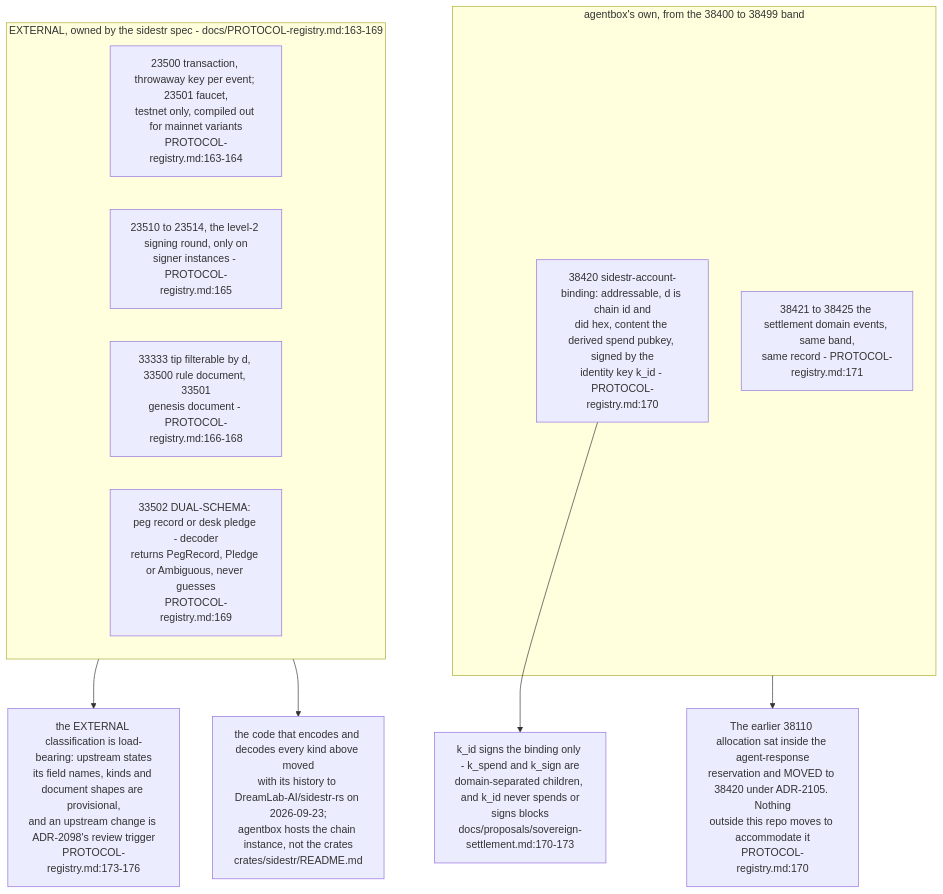
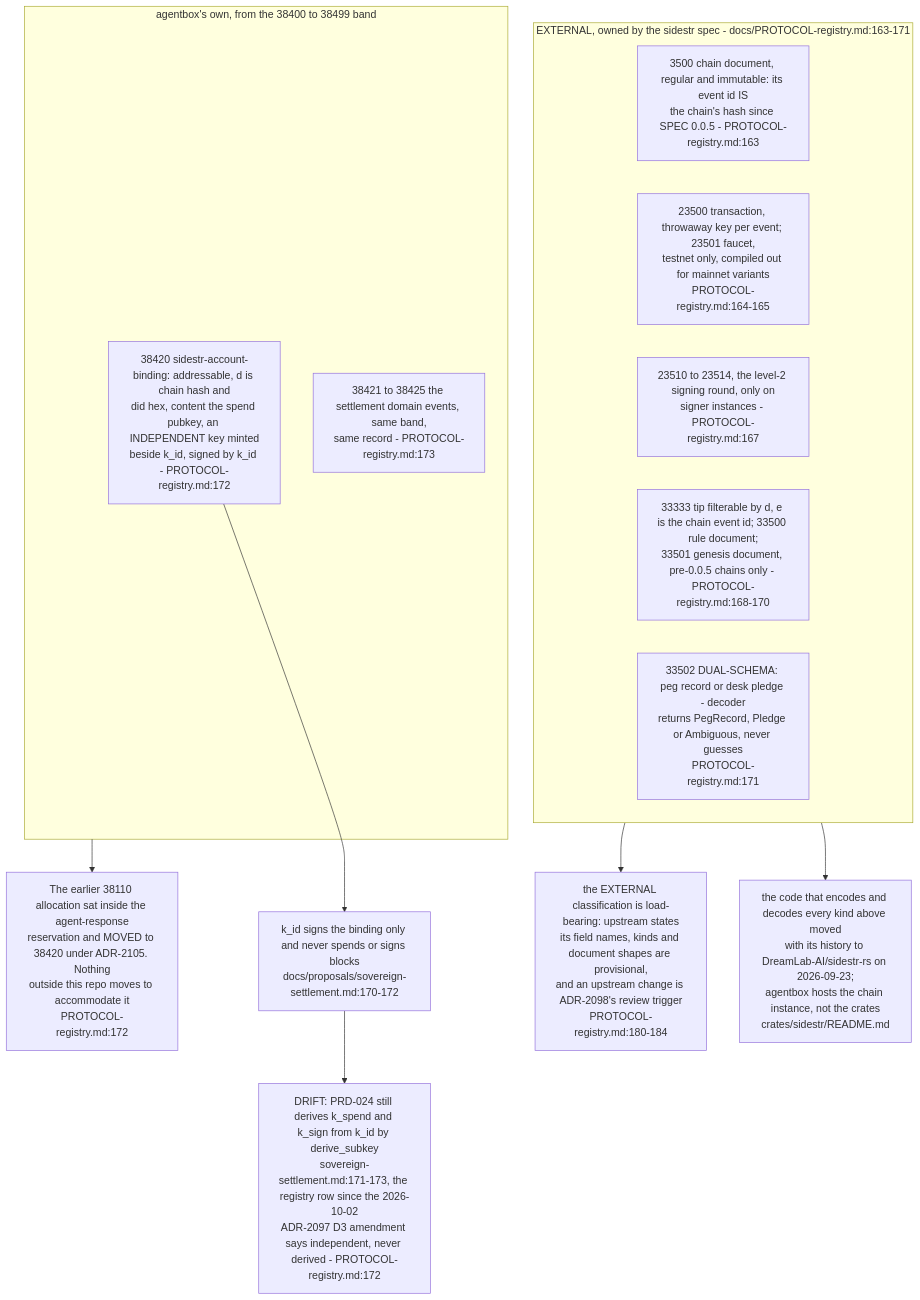
The fourth of 6 diagrams in docs/diagrams/agentbox/34-sidestr-interim-producer-and-mirror.md (DreamLab-AI/VisionFlow), drawn with Mermaid before and after one commit. The commit also changed other lines of this file and 14 other files, not shown here.

First line of the commit message:
docs(diagrams): custody role isolation — new AB-36, re-stamp 11 topics at the custody integration head

````diff
--- a/docs/diagrams/agentbox/34-sidestr-interim-producer-and-mirror.md
+++ b/docs/diagrams/agentbox/34-sidestr-interim-producer-and-mirror.md
@@ -155,18 +185,20 @@
 ```mermaid
 flowchart TB
-    subgraph ext["EXTERNAL, owned by the sidestr spec - docs/PROTOCOL-registry.md:163-169"]
-        E1["23500 transaction, throwaway key per event; 23501 faucet,<br/>testnet only, compiled out for mainnet variants<br/>PROTOCOL-registry.md:163-164"]
-        E2["23510 to 23514, the level-2 signing round, only on<br/>signer instances - PROTOCOL-registry.md:165"]
-        E3["33333 tip filterable by d, 33500 rule document, 33501<br/>genesis document - PROTOCOL-registry.md:166-168"]
-        E4["33502 DUAL-SCHEMA: peg record or desk pledge - decoder<br/>returns PegRecord, Pledge or Ambiguous, never guesses<br/>PROTOCOL-registry.md:169"]
+    subgraph ext["EXTERNAL, owned by the sidestr spec - docs/PROTOCOL-registry.md:163-171"]
+        E0["3500 chain document, regular and immutable: its event id IS<br/>the chain's hash since SPEC 0.0.5 - PROTOCOL-registry.md:163"]
+        E1["23500 transaction, throwaway key per event; 23501 faucet,<br/>testnet only, compiled out for mainnet variants<br/>PROTOCOL-registry.md:164-165"]
+        E2["23510 to 23514, the level-2 signing round, only on<br/>signer instances - PROTOCOL-registry.md:167"]
+        E3["33333 tip filterable by d, e is the chain event id; 33500 rule document;<br/>33501 genesis document, pre-0.0.5 chains only - PROTOCOL-registry.md:168-170"]
+        E4["33502 DUAL-SCHEMA: peg record or desk pledge - decoder<br/>returns PegRecord, Pledge or Ambiguous, never guesses<br/>PROTOCOL-registry.md:171"]
     end
     subgraph est["agentbox's own, from the 38400 to 38499 band"]
-        B1["38420 sidestr-account-binding: addressable, d is chain id and<br/>did hex, content the derived spend pubkey, signed by the<br/>identity key k_id - PROTOCOL-registry.md:170"]
-        B2["38421 to 38425 the settlement domain events, same band,<br/>same record - PROTOCOL-registry.md:171"]
+        B1["38420 sidestr-account-binding: addressable, d is chain hash and<br/>did hex, content the spend pubkey, an INDEPENDENT key minted<br/>beside k_id, signed by k_id - PROTOCOL-registry.md:172"]
+        B2["38421 to 38425 the settlement domain events, same band,<br/>same record - PROTOCOL-registry.md:173"]
     end
-    MOVE["The earlier 38110 allocation sat inside the agent-response<br/>reservation and MOVED to 38420 under ADR-2105. Nothing<br/>outside this repo moves to accommodate it<br/>PROTOCOL-registry.md:170"]
+    MOVE["The earlier 38110 allocation sat inside the agent-response<br/>reservation and MOVED to 38420 under ADR-2105. Nothing<br/>outside this repo moves to accommodate it<br/>PROTOCOL-registry.md:172"]
     est --> MOVE
-    B1 --> SEP["k_id signs the binding only - k_spend and k_sign are<br/>domain-separated children, and k_id never spends or<br/>signs blocks<br/>docs/proposals/sovereign-settlement.md:170-173"]
-    ext --> PROV["the EXTERNAL classification is load-bearing: upstream states<br/>its field names, kinds and document shapes are provisional,<br/>and an upstream change is ADR-2098's review trigger<br/>PROTOCOL-registry.md:173-176"]
+    B1 --> SEP["k_id signs the binding only and never spends or signs blocks<br/>docs/proposals/sovereign-settlement.md:170-172"]
+    SEP --> DR["DRIFT: PRD-024 still derives k_spend and k_sign from k_id by derive_subkey<br/>sovereign-settlement.md:171-173, the registry row since the 2026-10-02<br/>ADR-2097 D3 amendment says independent, never derived - PROTOCOL-registry.md:172"]
+    ext --> PROV["the EXTERNAL classification is load-bearing: upstream states<br/>its field names, kinds and document shapes are provisional,<br/>and an upstream change is ADR-2098's review trigger<br/>PROTOCOL-registry.md:180-184"]
     ext --> RS["the code that encodes and decodes every kind above moved<br/>with its history to DreamLab-AI/sidestr-rs on 2026-09-23;<br/>agentbox hosts the chain instance, not the crates<br/>crates/sidestr/README.md"]
 ```
````
